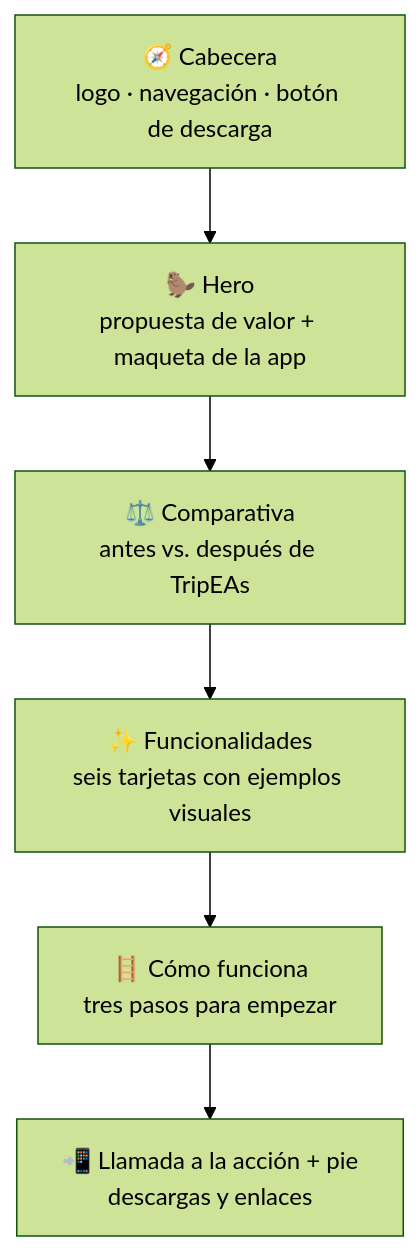
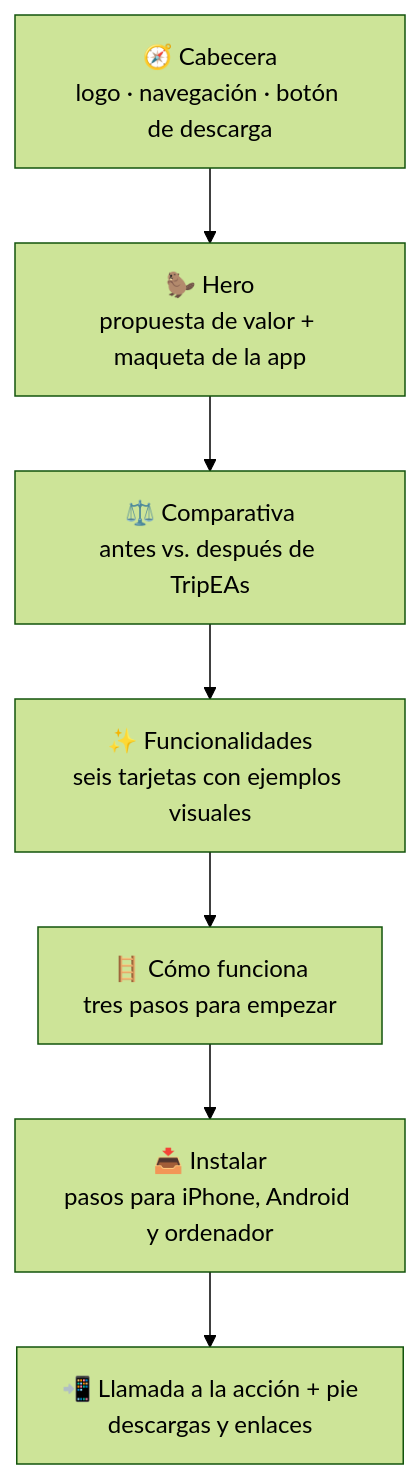
One commit to angelalop03/TripEAs-Web changed the first of 2 diagrams in README.md. Above: the diagram before and after it, drawn with Mermaid (forest theme). The commit also changed other lines of this file and 8 other files, not shown here.

````diff
--- a/README.md
+++ b/README.md
@@ -67,9 +67,10 @@
 ```mermaid
 flowchart TB
     H[🧭 Cabecera<br/>logo · navegación · botón de descarga]
     H --> A[🦫 Hero<br/>propuesta de valor + maqueta de la app]
     A --> B[⚖️ Comparativa<br/>antes vs. después de TripEAs]
     B --> C[✨ Funcionalidades<br/>seis tarjetas con ejemplos visuales]
     C --> D[🪜 Cómo funciona<br/>tres pasos para empezar]
-    D --> E[📲 Llamada a la acción + pie<br/>descargas y enlaces]
+    D --> I[📥 Instalar<br/>pasos para iPhone, Android y ordenador]
+    I --> E[📲 Llamada a la acción + pie<br/>descargas y enlaces]
 ```
````
